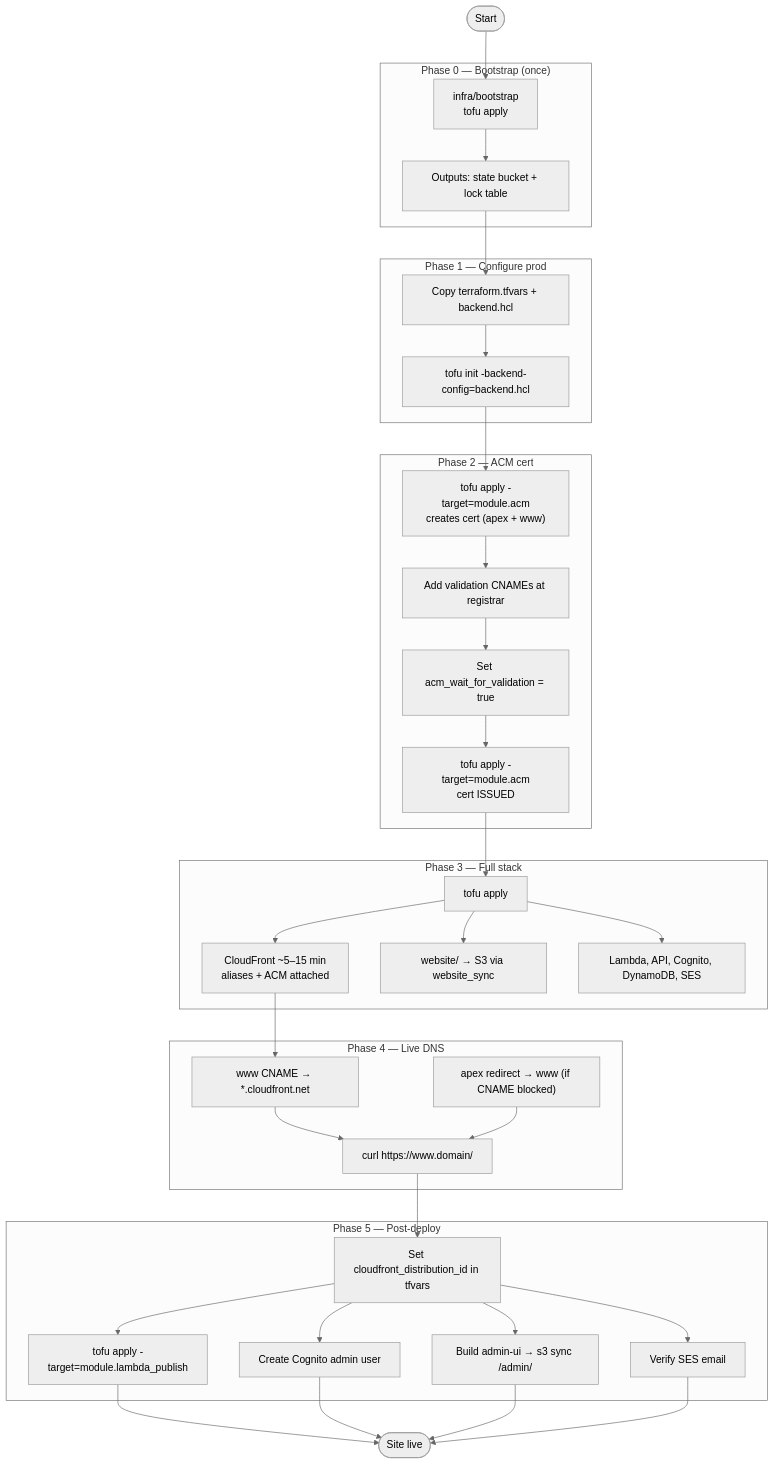
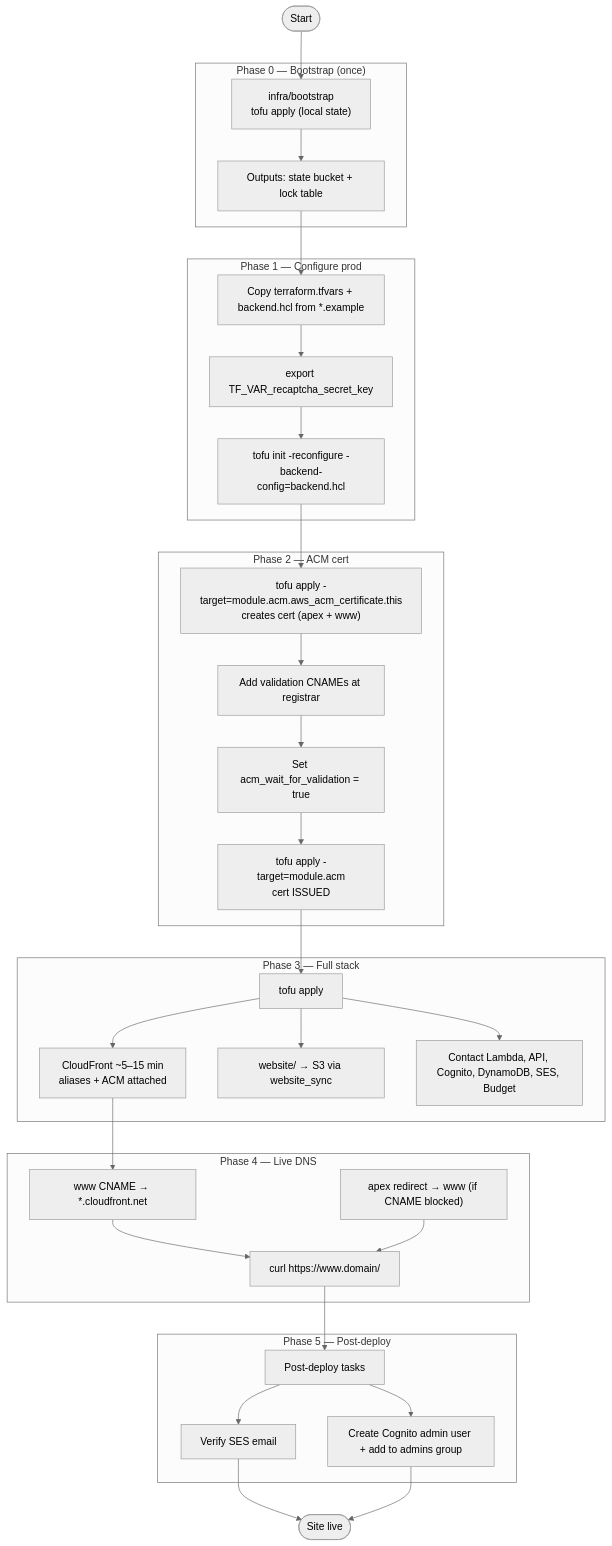
Before and after one commit to vasichkin/aws-zero-cost-hosting: the third of 5 diagrams in docs/DEPLOYMENT.md, drawn with Mermaid (neutral theme). The commit also changed other lines of this file and 15 other files, not shown here.

````diff
--- a/docs/DEPLOYMENT.md
+++ b/docs/DEPLOYMENT.md
@@ -103,60 +109,57 @@
 ```mermaid
 flowchart TD
   Start([Start]) --> Boot
 
   subgraph Phase0["Phase 0 — Bootstrap (once)"]
-    Boot["infra/bootstrap<br/>tofu apply"]
+    Boot["infra/bootstrap<br/>tofu apply (local state)"]
     Boot --> StateOut["Outputs: state bucket + lock table"]
   end
 
   StateOut --> Config
 
   subgraph Phase1["Phase 1 — Configure prod"]
-    Config["Copy terraform.tfvars + backend.hcl"]
-    Init["tofu init -backend-config=backend.hcl"]
-    Config --> Init
+    Config["Copy terraform.tfvars + backend.hcl from *.example"]
+    Secret["export TF_VAR_recaptcha_secret_key"]
+    Init["tofu init -reconfigure -backend-config=backend.hcl"]
+    Config --> Secret --> Init
   end
 
   Init --> ACM1
 
   subgraph Phase2["Phase 2 — ACM cert"]
-    ACM1["tofu apply -target=module.acm<br/>creates cert (apex + www)"]
+    ACM1["tofu apply -target=module.acm.aws_acm_certificate.this<br/>creates cert (apex + www)"]
     DNSVal["Add validation CNAMEs at registrar"]
     ACM1 --> DNSVal
     DNSVal --> WaitVal["Set acm_wait_for_validation = true"]
     WaitVal --> ACM2["tofu apply -target=module.acm<br/>cert ISSUED"]
   end
 
   ACM2 --> Full
 
   subgraph Phase3["Phase 3 — Full stack"]
     Full["tofu apply"]
     Full --> CFDeploy["CloudFront ~5–15 min<br/>aliases + ACM attached"]
     Full --> WebsiteUp["website/ → S3 via website_sync"]
-    Full --> Stack["Lambda, API, Cognito, DynamoDB, SES"]
+    Full --> Stack["Contact Lambda, API, Cognito, DynamoDB, SES, Budget"]
   end
 
   CFDeploy --> DNSLive
 
   subgraph Phase4["Phase 4 — Live DNS"]
     DNSLive["www CNAME → *.cloudfront.net"]
     DNSApex["apex redirect → www (if CNAME blocked)"]
     DNSLive --> Test["curl https://www.domain/"]
     DNSApex --> Test
   end
 
   Test --> Post
 
   subgraph Phase5["Phase 5 — Post-deploy"]
-    Post["Set cloudfront_distribution_id in tfvars"]
-    Post --> LambdaInv["tofu apply -target=module.lambda_publish"]
-    Post --> CognitoUser["Create Cognito admin user"]
-    Post --> AdminSync["Build admin-ui → s3 sync /admin/"]
+    Post["Post-deploy tasks"]
     Post --> SESVerify["Verify SES email"]
+    Post --> CognitoUser["Create Cognito admin user + add to admins group"]
   end
 
-  LambdaInv --> Done([Site live])
+  SESVerify --> Done([Site live])
   CognitoUser --> Done
-  AdminSync --> Done
-  SESVerify --> Done
 ```
````
